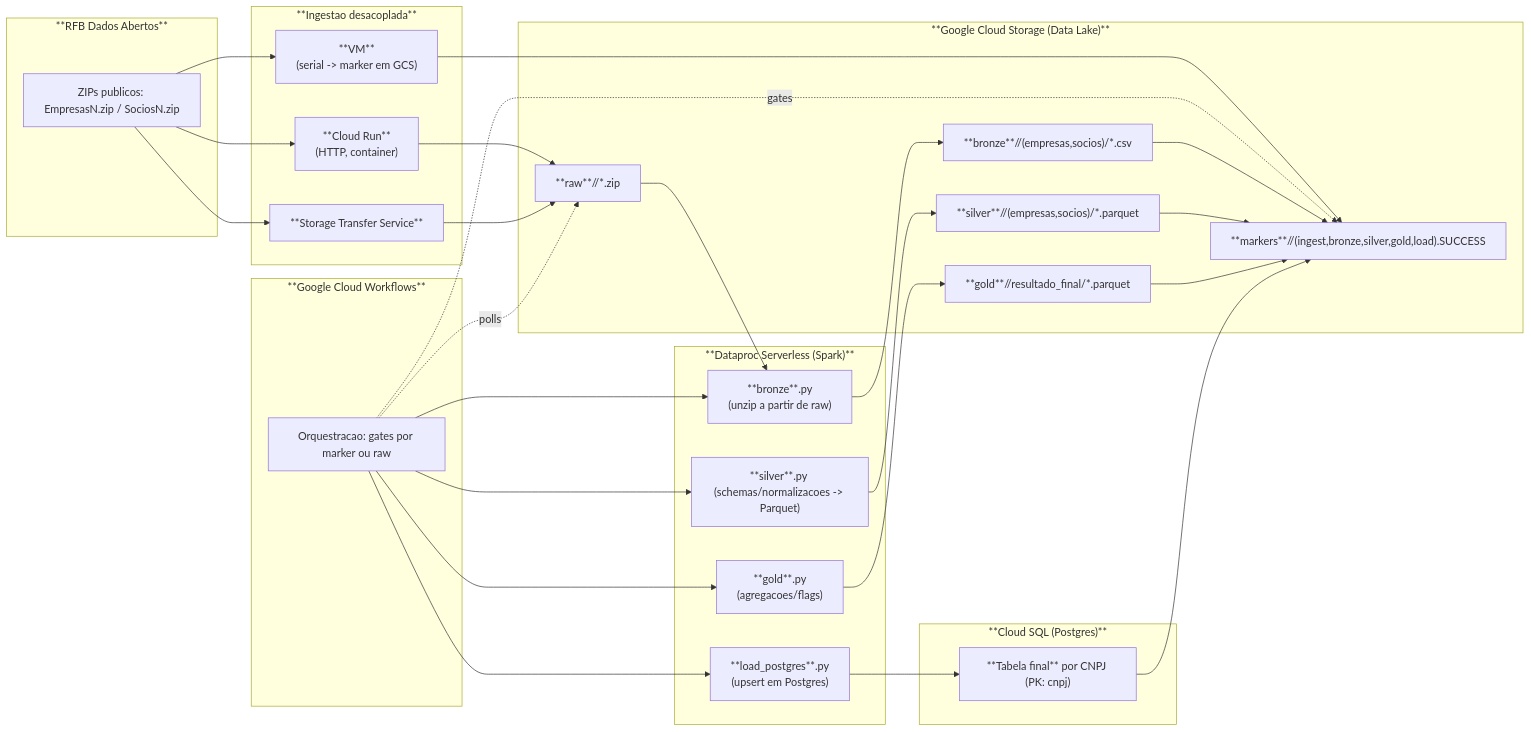
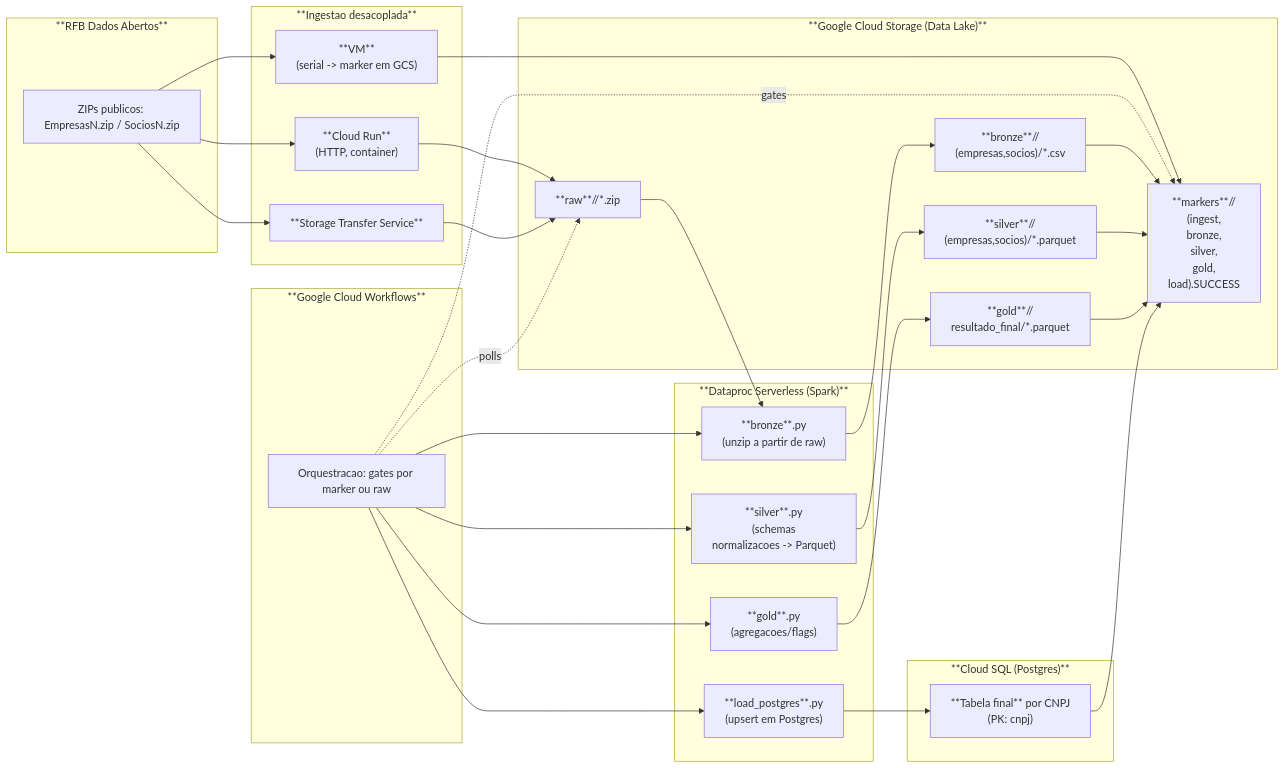
The diagram in README.md (jaquerando/case_stone), drawn with Mermaid before and after one commit.

````diff
--- a/README.md
+++ b/README.md
@@ -48,63 +48,63 @@
 ```mermaid
 flowchart LR
 
   %% === SOURCES ===
   subgraph SRC["**RFB Dados Abertos**"]
     s1["ZIPs publicos: EmpresasN.zip / SociosN.zip"]
   end
 
   %% === INGEST ===
   subgraph ING["**Ingestao desacoplada**"]
     A["**Cloud Run** <br/>(HTTP, container)"]
     B["**Storage Transfer Service**"]
     C["**VM** <br/>(serial -> marker em GCS)"]
   end
 
   %% === STORAGE ===
   subgraph GCS["**Google Cloud Storage (Data Lake)**"]
     raw["**raw**/<run_id>/*.zip"]
-    brz["**bronze**/<run_id>/(empresas,socios)/*.csv"]
-    slv["**silver**/<run_id>/(empresas,socios)/*.parquet"]
-    gld["**gold**/<run_id>/resultado_final/*.parquet"]
-    mrk["**markers**/<run_id>/(ingest,bronze,silver,gold,load).SUCCESS"]
+    brz["**bronze**/<run_id>/<br/>(empresas,socios)/*.csv"]
+    slv["**silver**/<run_id>/<br/>(empresas,socios)/*.parquet"]
+    gld["**gold**/<run_id>/<br/>resultado_final/*.parquet"]
+    mrk["**markers**/<run_id>/<br/>(ingest,<br/>bronze,<br/>silver,<br/>gold,<br/>load).SUCCESS"]
   end
 
   %% === WORKFLOWS ===
   subgraph WF["**Google Cloud Workflows**"]
     wf1["Orquestracao: gates por marker ou raw"]
   end
 
   %% === SPARK ===
   subgraph DP["**Dataproc Serverless (Spark)**"]
     p1["**bronze**.py <br/>(unzip a partir de raw)"]
-    p2["**silver**.py <br/>(schemas/normalizacoes -> Parquet)"]
+    p2["**silver**.py <br/>(schemas<br/>normalizacoes -> Parquet)"]
     p3["**gold**.py <br/>(agregacoes/flags)"]
     p4["**load_postgres**.py <br/>(upsert em Postgres)"]
   end
 
   %% === DB ===
   subgraph SQL["**Cloud SQL (Postgres)**"]
-    tbl["**Tabela final** por CNPJ (PK: cnpj)"]
+    tbl["**Tabela final** por CNPJ <br/>(PK: cnpj)"]
   end
 
   %% === FLUXOS DE DADOS ===
   s1 --> A
   s1 --> B
   s1 --> C
 
   A --> raw
   B --> raw
   C --> mrk
 
   %% join: bronze consome raw; workflows vigia raw/marker
   raw --> p1
   wf1 -. polls .-> raw
   wf1 -. gates .-> mrk
 
   %% pipeline medallion
   wf1 --> p1 --> brz --> mrk
   wf1 --> p2 --> slv --> mrk
   wf1 --> p3 --> gld --> mrk
   wf1 --> p4 --> tbl --> mrk
 
 ```
````
